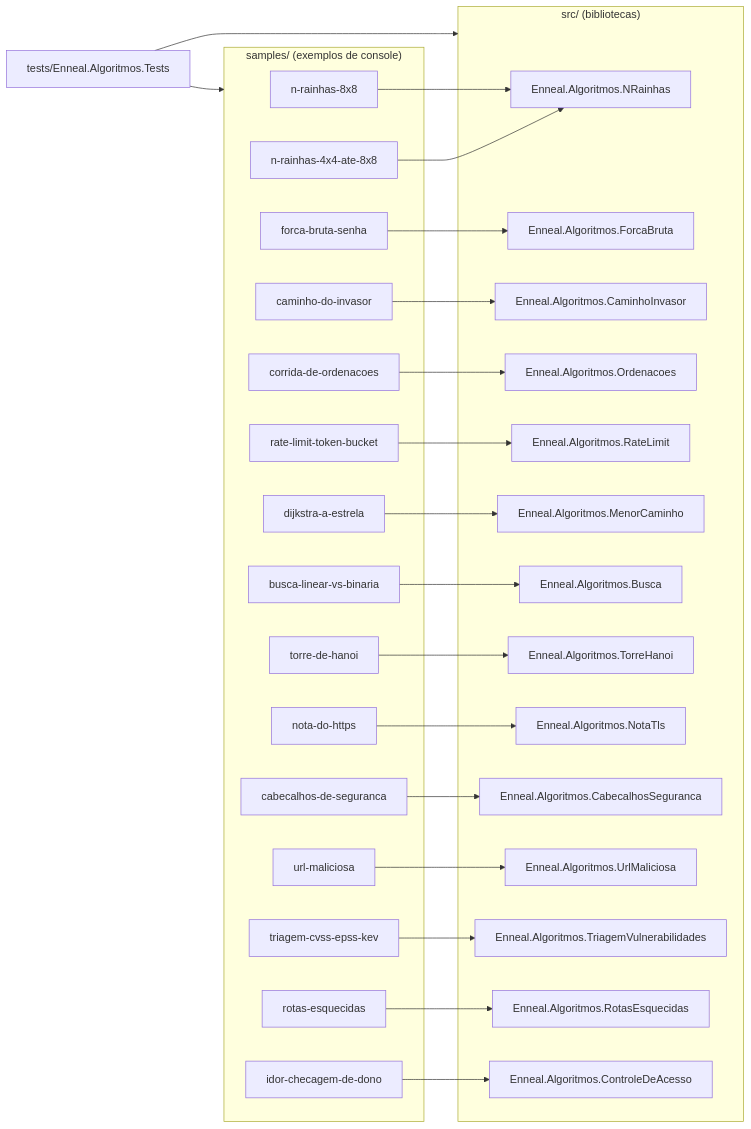
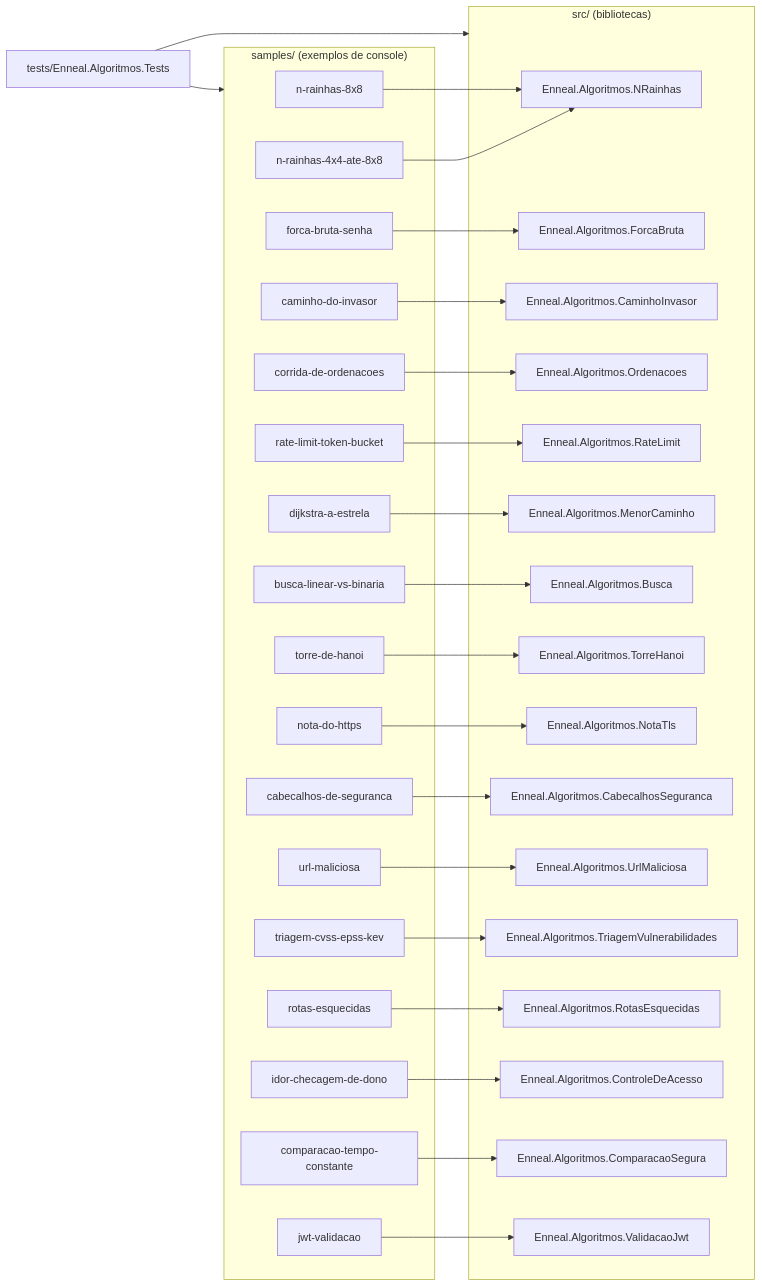
One commit to Edinaldosa2/enneal-algoritmos changed the diagram in docs/arquitetura.md. Above: the diagram before and after it, drawn with Mermaid. The commit also changed other lines of this file and 33 other files, not shown here.

First line of the commit message:
Adiciona comparação em tempo constante e validação de JWT

````diff
--- a/docs/arquitetura.md
+++ b/docs/arquitetura.md
@@ -14,55 +14,61 @@
 ```mermaid
 flowchart LR
     subgraph src["src/ (bibliotecas)"]
         NR[Enneal.Algoritmos.NRainhas]
         FB[Enneal.Algoritmos.ForcaBruta]
         CI[Enneal.Algoritmos.CaminhoInvasor]
         OR[Enneal.Algoritmos.Ordenacoes]
         RL[Enneal.Algoritmos.RateLimit]
         MC[Enneal.Algoritmos.MenorCaminho]
         BU[Enneal.Algoritmos.Busca]
         TH[Enneal.Algoritmos.TorreHanoi]
         TL[Enneal.Algoritmos.NotaTls]
         CS[Enneal.Algoritmos.CabecalhosSeguranca]
         UM[Enneal.Algoritmos.UrlMaliciosa]
         TV[Enneal.Algoritmos.TriagemVulnerabilidades]
         RE[Enneal.Algoritmos.RotasEsquecidas]
         CA[Enneal.Algoritmos.ControleDeAcesso]
+        CT[Enneal.Algoritmos.ComparacaoSegura]
+        JW[Enneal.Algoritmos.ValidacaoJwt]
     end
     subgraph samples["samples/ (exemplos de console)"]
         S1[n-rainhas-8x8]
         S2[n-rainhas-4x4-ate-8x8]
         S3[forca-bruta-senha]
         S4[caminho-do-invasor]
         S5[corrida-de-ordenacoes]
         S6[rate-limit-token-bucket]
         S7[dijkstra-a-estrela]
         S8[busca-linear-vs-binaria]
         S9[torre-de-hanoi]
         S10[nota-do-https]
         S11[cabecalhos-de-seguranca]
         S12[url-maliciosa]
         S13[triagem-cvss-epss-kev]
         S14[rotas-esquecidas]
         S15[idor-checagem-de-dono]
+        S16[comparacao-tempo-constante]
+        S17[jwt-validacao]
     end
     T[tests/Enneal.Algoritmos.Tests]
 
     S1 --> NR
     S2 --> NR
     S3 --> FB
     S4 --> CI
     S5 --> OR
     S6 --> RL
     S7 --> MC
     S8 --> BU
     S9 --> TH
     S10 --> TL
     S11 --> CS
     S12 --> UM
     S13 --> TV
     S14 --> RE
     S15 --> CA
+    S16 --> CT
+    S17 --> JW
     T --> src
     T --> samples
 ```
````
